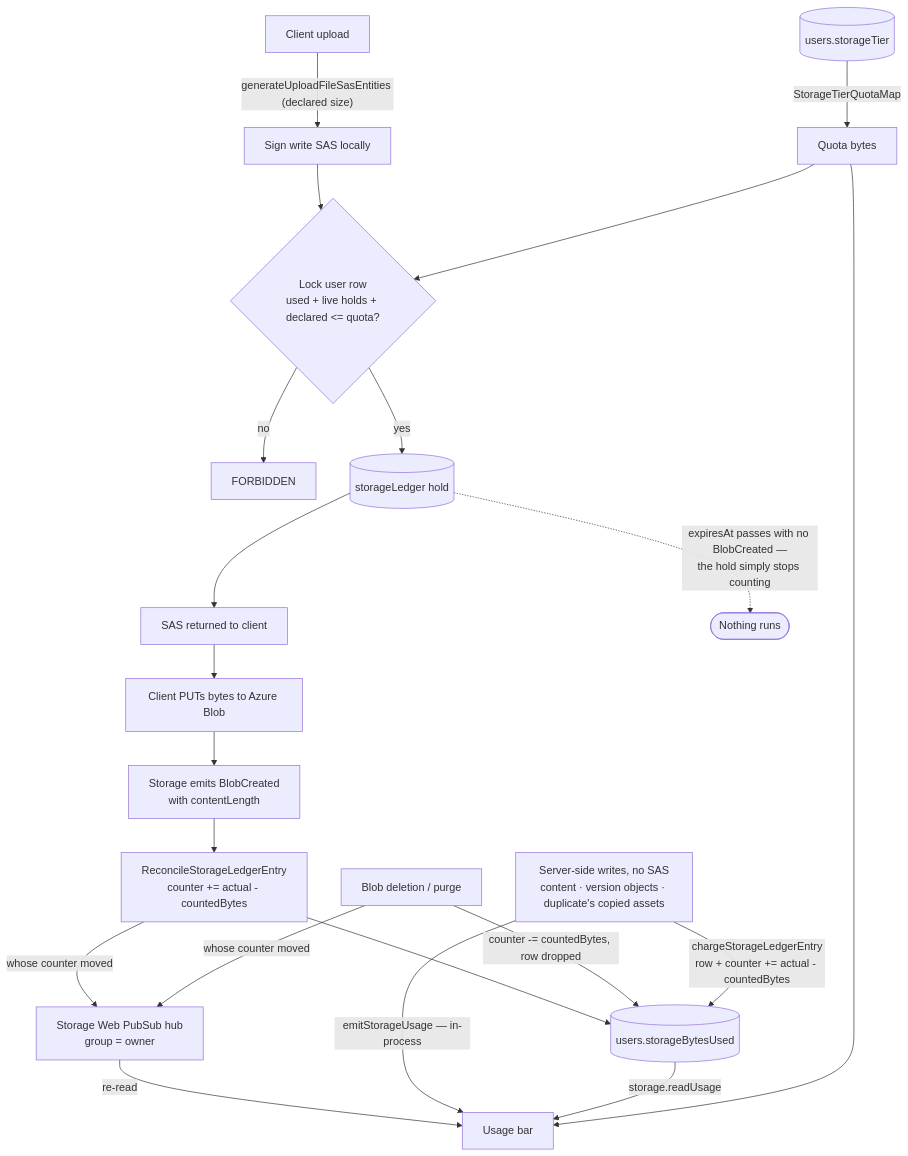
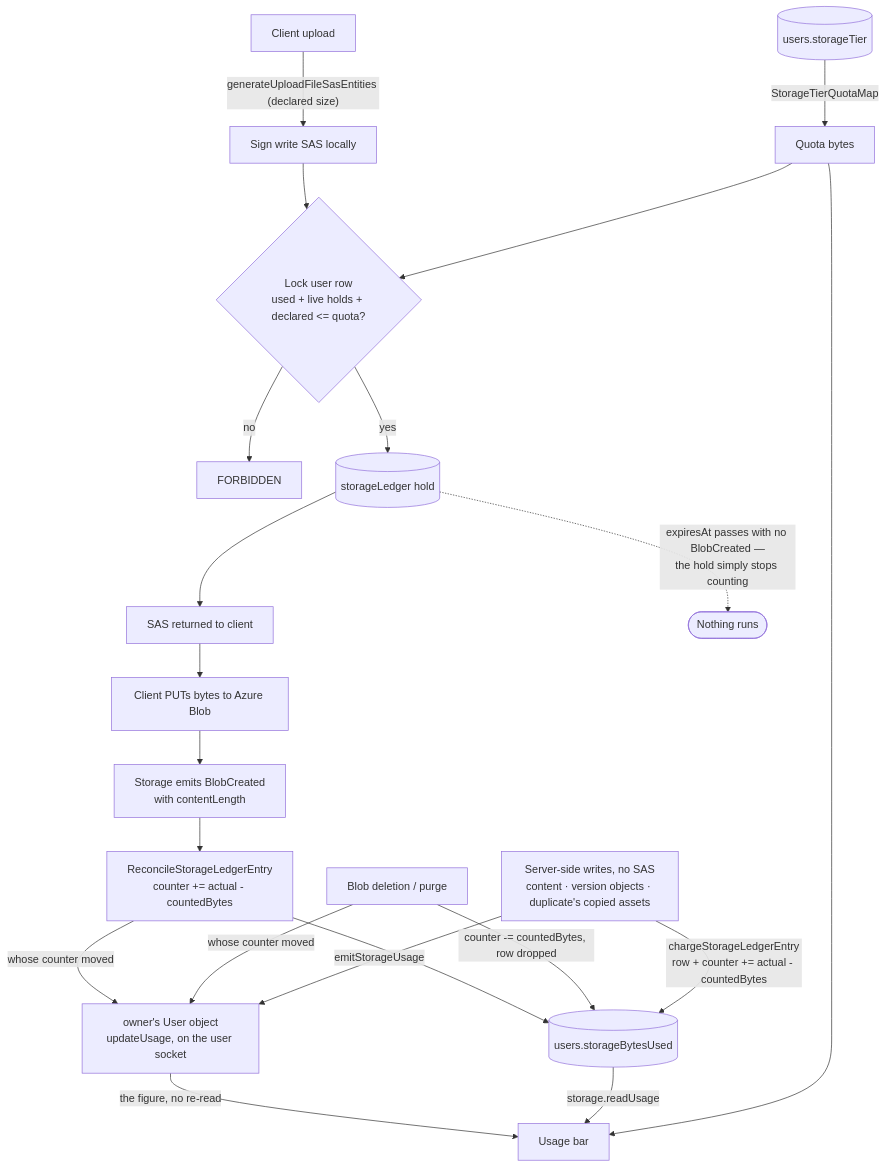
One commit to Esposter/Esposter changed the diagram in openspec/specs/resource/storage-quotas/design.md. Above: the diagram before and after it, drawn with Mermaid. The commit also changed other lines of this file and 9 other files, not shown here.

First line of the commit message:
docs(openspec): the live specs describe the user object's events, the user socket and the reminder row

````diff
--- a/openspec/specs/resource/storage-quotas/design.md
+++ b/openspec/specs/resource/storage-quotas/design.md
@@ -18,23 +18,23 @@
 ```mermaid
 flowchart TD
   client[Client upload] -->|"generateUploadFileSasEntities (declared size)"| sign[Sign write SAS locally]
   sign --> reserve{"Lock user row<br/>used + live holds + declared &lt;= quota?"}
   reserve -->|no| reject["FORBIDDEN"]
   reserve -->|yes| ledger[("storageLedger hold")]
   ledger --> respond[SAS returned to client]
   respond --> put[Client PUTs bytes to Azure Blob]
   put --> created["Storage emits BlobCreated<br/>with contentLength"]
   created --> reconcile["ReconcileStorageLedgerEntry<br/>counter += actual - countedBytes"]
   reconcile --> counter[("users.storageBytesUsed")]
   del["Blob deletion / purge"] -->|"counter -= countedBytes, row dropped"| counter
   save["Server-side writes, no SAS<br/>content · version objects · duplicate's copied assets"] -->|"chargeStorageLedgerEntry<br/>row + counter += actual - countedBytes"| counter
   ledger -.->|"expiresAt passes with no BlobCreated —<br/>the hold simply stops counting"| gone(["Nothing runs"])
-  reconcile -->|"whose counter moved"| pubsub["Storage Web PubSub hub<br/>group = owner"]
-  del -->|"whose counter moved"| pubsub
-  pubsub -->|"re-read"| ui
-  save -->|"emitStorageUsage — in-process"| ui
+  reconcile -->|"whose counter moved"| uo["owner's User object<br/>updateUsage, on the user socket"]
+  del -->|"whose counter moved"| uo
+  save -->|"emitStorageUsage"| uo
+  uo -->|"the figure, no re-read"| ui
   counter -->|storage.readUsage| ui["Usage bar"]
   tier[("users.storageTier")] -->|StorageTierQuotaMap| quota[Quota bytes]
   quota --> reserve
   quota --> ui
 ```
````
